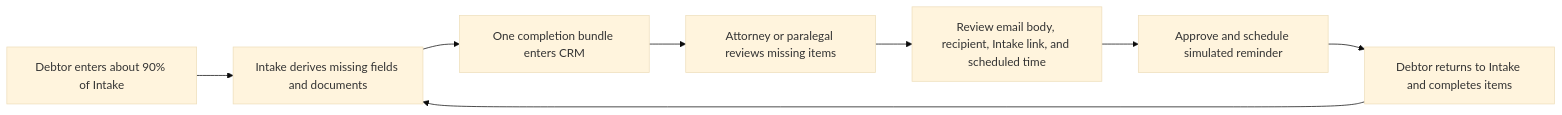
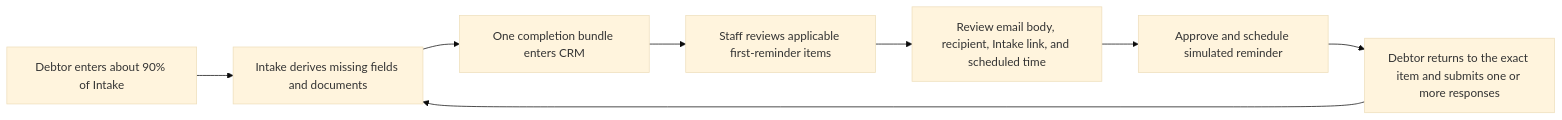
The first of 2 diagrams in docs/document-review-workflow.md (jimmydanol/bkfl-crm-lite), drawn with Mermaid (base theme) before and after one commit. The commit also changed other lines of this file and 13 other files, not shown here.

````diff
--- a/docs/document-review-workflow.md
+++ b/docs/document-review-workflow.md
@@ -20,10 +20,10 @@
 ```mermaid
 flowchart LR
   A["Debtor enters about 90% of Intake"] --> B["Intake derives missing fields and documents"]
   B --> C["One completion bundle enters CRM"]
-  C --> D["Attorney or paralegal reviews missing items"]
+  C --> D["Staff reviews applicable first-reminder items"]
   D --> E["Review email body, recipient, Intake link, and scheduled time"]
   E --> F["Approve and schedule simulated reminder"]
-  F --> G["Debtor returns to Intake and completes items"]
+  F --> G["Debtor returns to the exact item and submits one or more responses"]
   G --> B
 ```
````
